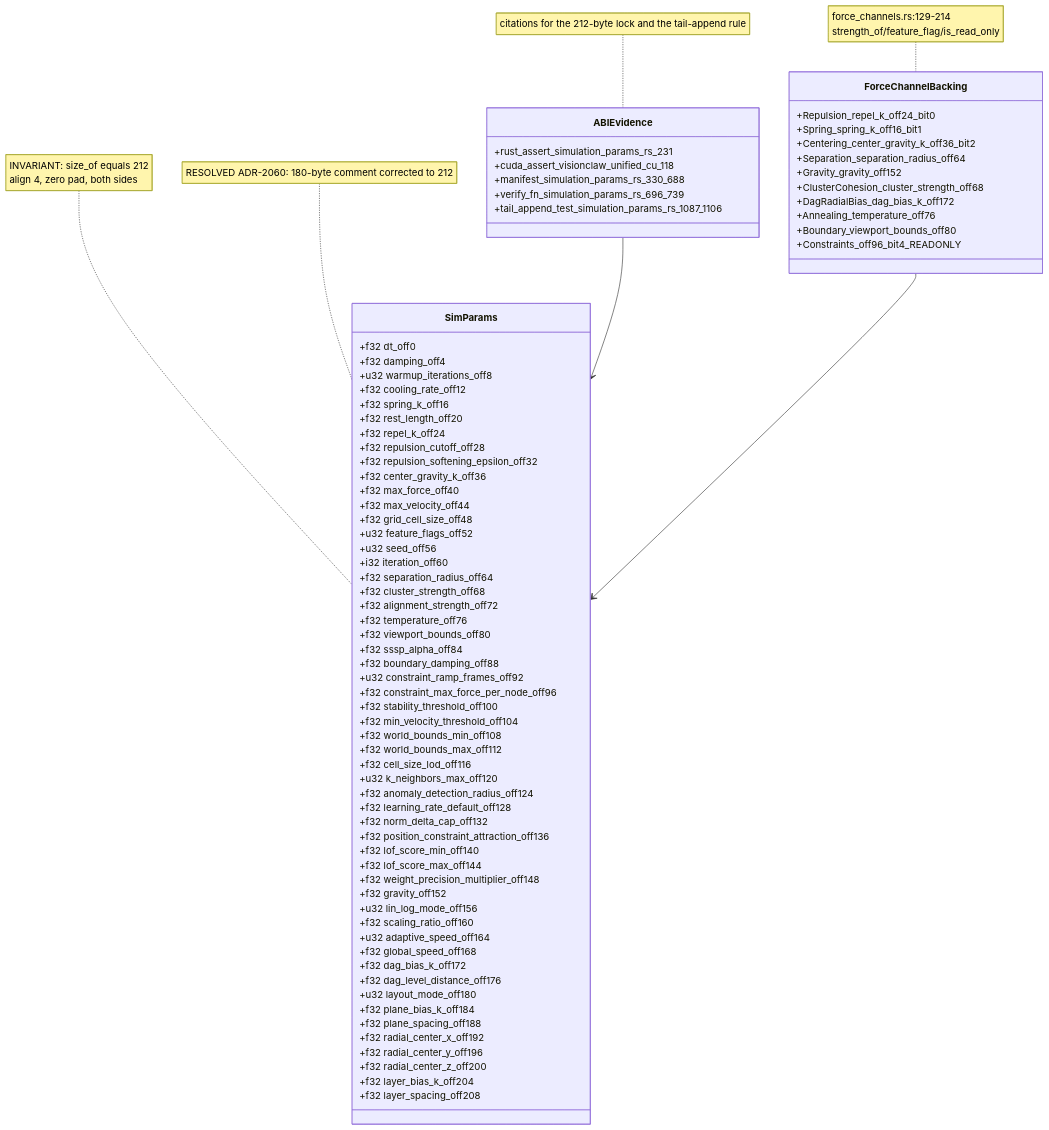
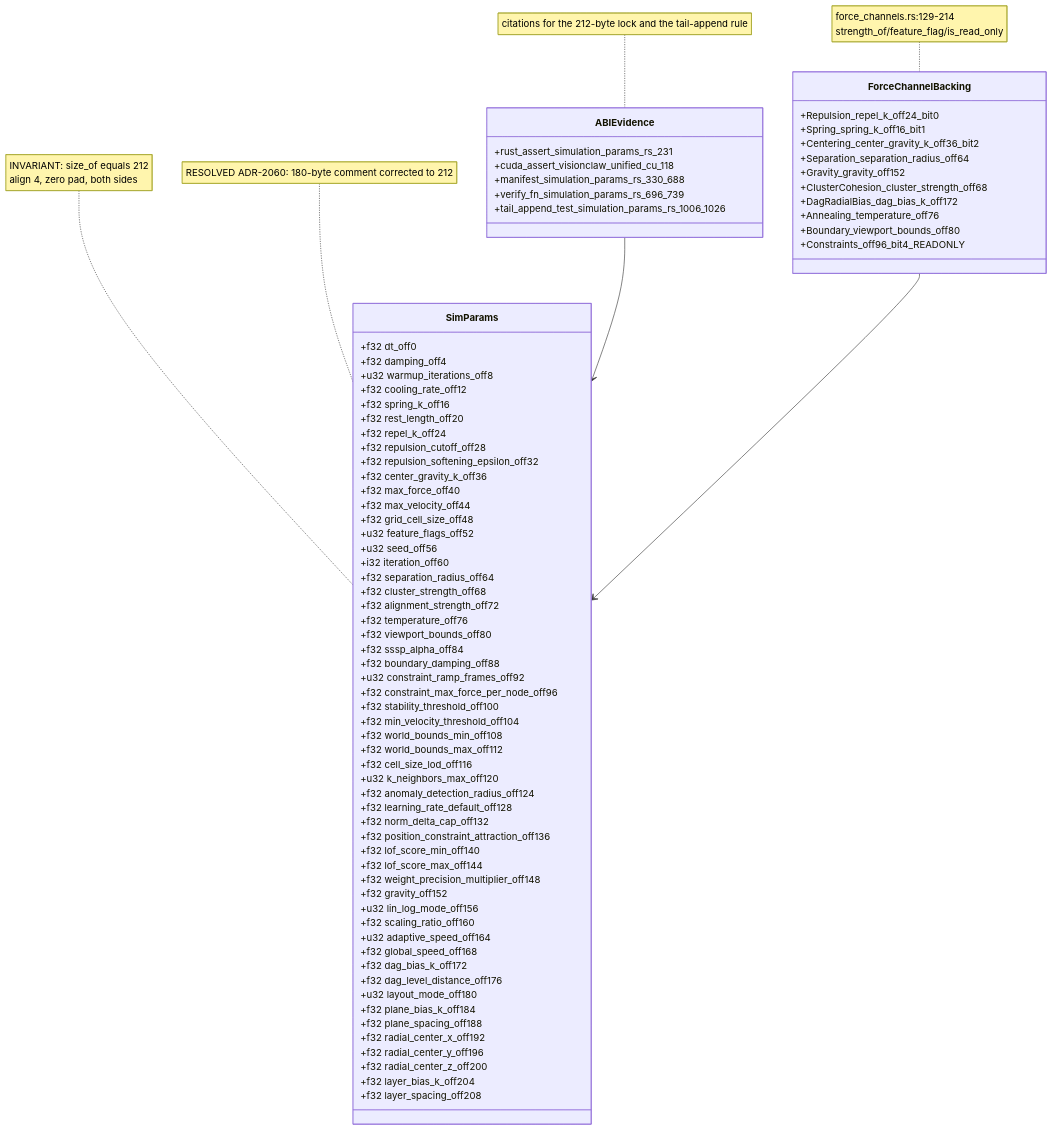
The first of 7 diagrams in docs/diagrams/visionclaw/12-simparams-abi-and-ptx.md (DreamLab-AI/VisionFlow), drawn with Mermaid before and after one commit. The commit also changed other lines of this file and 173 other files, not shown here.

```diff
--- a/docs/diagrams/visionclaw/12-simparams-abi-and-ptx.md
+++ b/docs/diagrams/visionclaw/12-simparams-abi-and-ptx.md
@@ -91,7 +91,7 @@
         +cuda_assert_visionclaw_unified_cu_118
         +manifest_simulation_params_rs_330_688
         +verify_fn_simulation_params_rs_696_739
-        +tail_append_test_simulation_params_rs_1087_1106
+        +tail_append_test_simulation_params_rs_1006_1026
     }
     class ForceChannelBacking {
         +Repulsion_repel_k_off24_bit0
```
